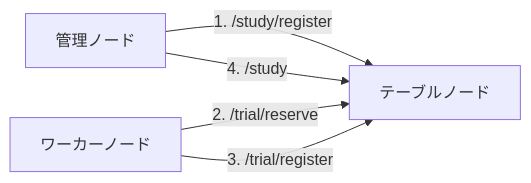
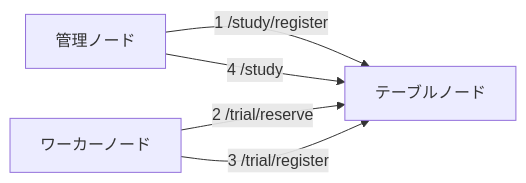
Before and after one commit to atsuhiron/lite_dist: the diagram in README.ja.md, drawn with Mermaid.

````diff
--- a/README.ja.md
+++ b/README.ja.md
@@ -28,7 +28,7 @@
 ```mermaid
 flowchart LR
-    管理ノード -->|1. /study/register| テーブルノード
-    管理ノード -->|4. /study| テーブルノード
-    ワーカーノード -->|2. /trial/reserve| テーブルノード
-    ワーカーノード -->|3. /trial/register| テーブルノード
+    管理ノード -->|1 /study/register| テーブルノード
+    管理ノード -->|4 /study| テーブルノード
+    ワーカーノード -->|2 /trial/reserve| テーブルノード
+    ワーカーノード -->|3 /trial/register| テーブルノード
 ```
````
